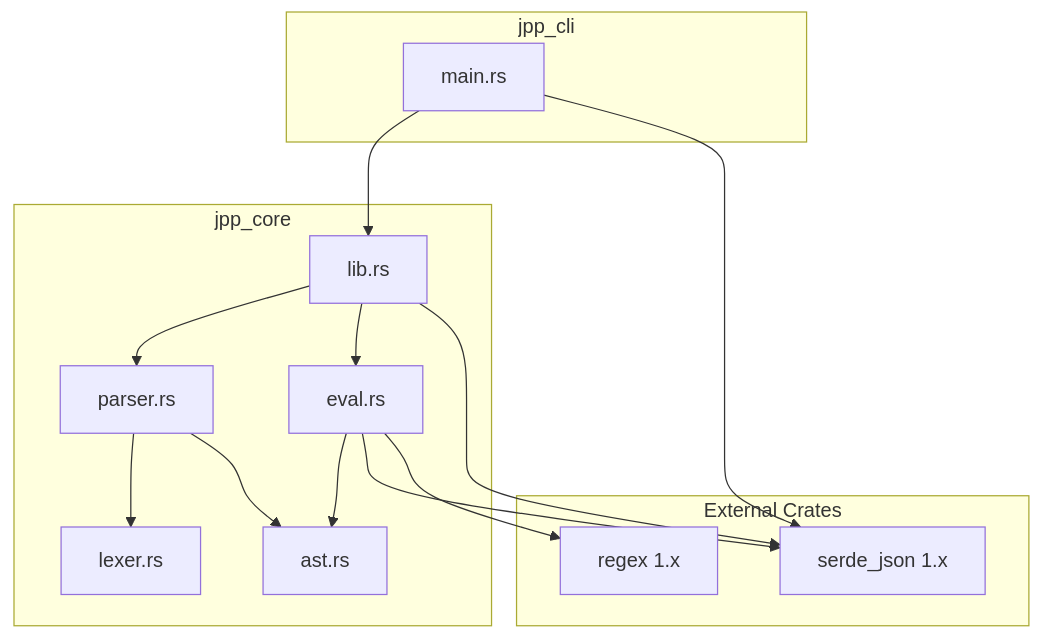
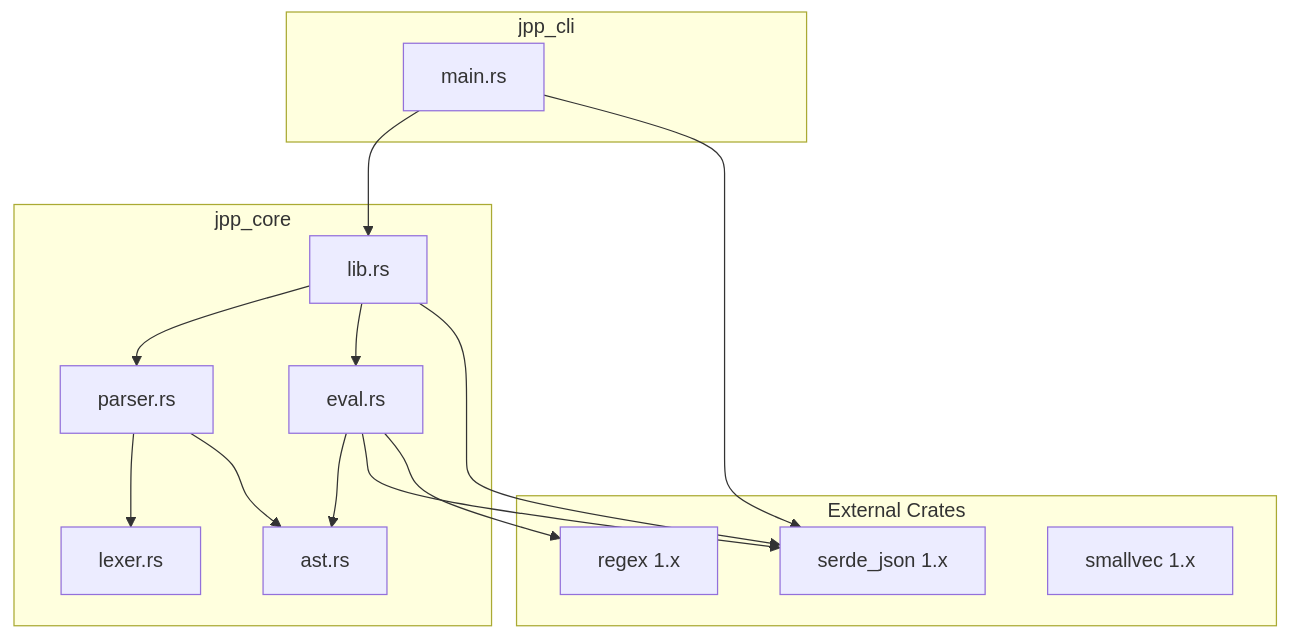
One commit to 1gy/jpp changed the ninth of 10 diagrams in docs/architecture.md. Above: the diagram before and after it, drawn with Mermaid. The commit also changed other lines of this file, not shown here.

First line of the commit message:
docs: update architecture.md to reflect current codebase

````diff
--- a/docs/architecture.md
+++ b/docs/architecture.md
@@ -569,30 +588,31 @@
 ```mermaid
 graph TD
     subgraph "jpp_cli"
         CLI[main.rs]
     end
 
     subgraph "jpp_core"
         Core[lib.rs]
         Lexer[lexer.rs]
         Parser[parser.rs]
         AST[ast.rs]
         Eval[eval.rs]
     end
 
     subgraph "External Crates"
         SJ[serde_json 1.x]
         RE[regex 1.x]
+        SV[smallvec 1.x]
     end
 
     CLI --> Core
     CLI --> SJ
     Core --> Parser
     Core --> Eval
     Core --> SJ
     Parser --> Lexer
     Parser --> AST
     Eval --> AST
     Eval --> SJ
     Eval --> RE
 ```
````
